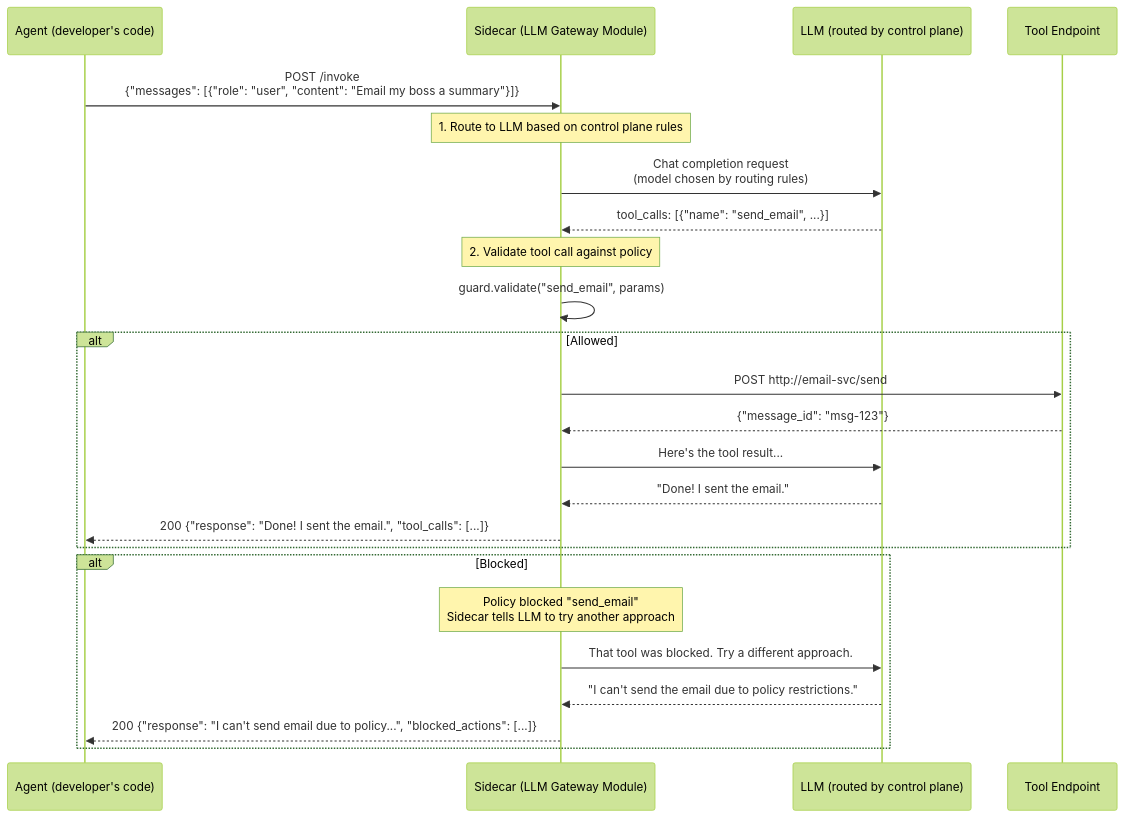
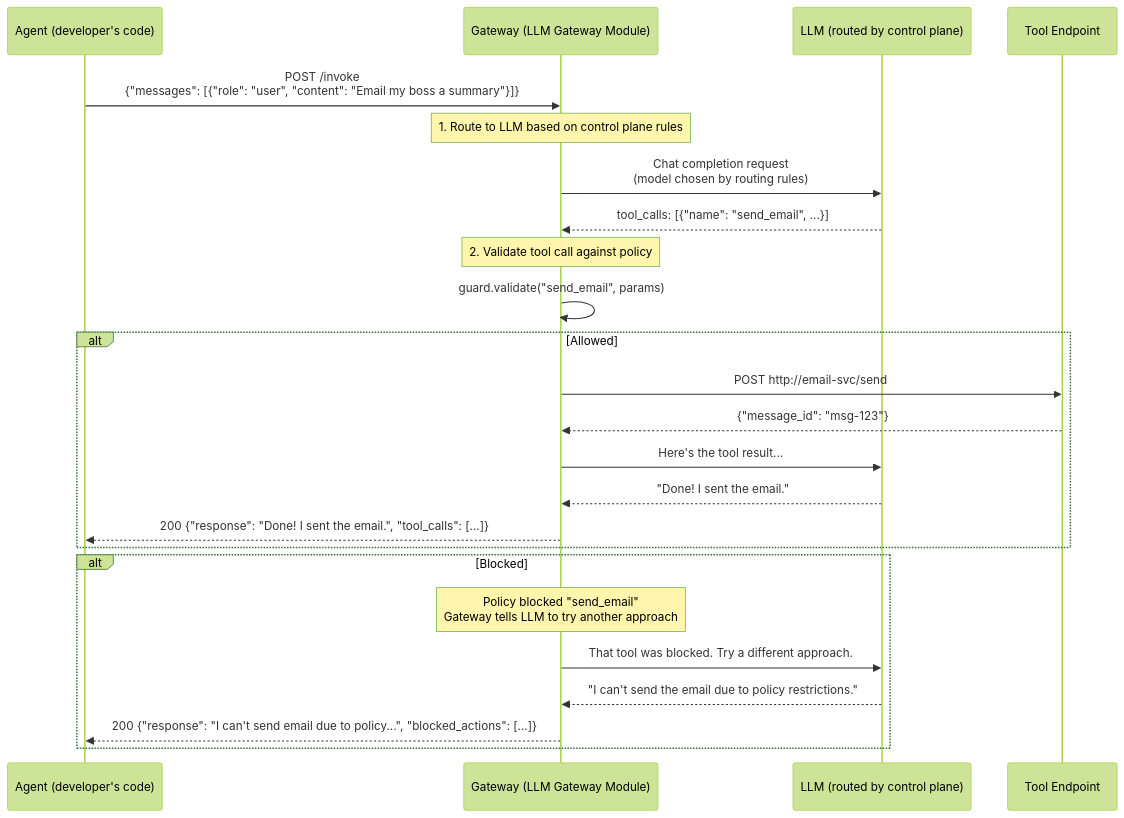
One commit to hk-775/ostiari changed diagram 13 of 41 in docs/gateway-architecture.md. Above: the diagram before and after it, drawn with Mermaid (forest theme). The commit also changed other lines of this file and 21 other files, not shown here.

````diff
--- a/docs/gateway-architecture.md
+++ b/docs/gateway-architecture.md
@@ -1051,33 +1392,33 @@
 ```mermaid
 sequenceDiagram
     participant Agent as Agent (developer's code)
-    participant SC as Sidecar (LLM Gateway Module)
+    participant SC as Gateway (LLM Gateway Module)
     participant LLM as LLM (routed by control plane)
     participant Tool as Tool Endpoint
 
     Agent->>SC: POST /invoke<br/>{"messages": [{"role": "user", "content": "Email my boss a summary"}]}
 
     Note over SC: 1. Route to LLM based on control plane rules
 
     SC->>LLM: Chat completion request<br/>(model chosen by routing rules)
     LLM-->>SC: tool_calls: [{"name": "send_email", ...}]
 
     Note over SC: 2. Validate tool call against policy
 
     SC->>SC: guard.validate("send_email", params)
 
     alt Allowed
         SC->>Tool: POST http://email-svc/send
         Tool-->>SC: {"message_id": "msg-123"}
         SC->>LLM: Here's the tool result...
         LLM-->>SC: "Done! I sent the email."
         SC-->>Agent: 200 {"response": "Done! I sent the email.", "tool_calls": [...]}
     end
 
     alt Blocked
-        Note over SC: Policy blocked "send_email"<br/>Sidecar tells LLM to try another approach
+        Note over SC: Policy blocked "send_email"<br/>Gateway tells LLM to try another approach
         SC->>LLM: That tool was blocked. Try a different approach.
         LLM-->>SC: "I can't send the email due to policy restrictions."
         SC-->>Agent: 200 {"response": "I can't send email due to policy...", "blocked_actions": [...]}
     end
 ```
````
